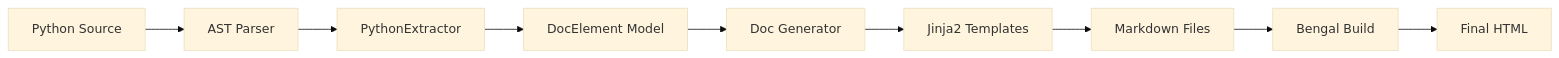
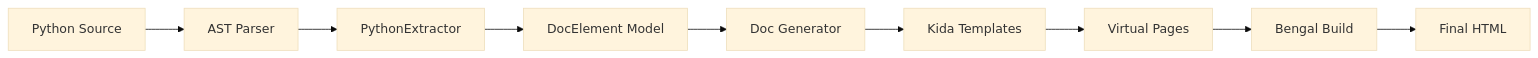
Before and after one commit to lbliii/bengal: the diagram in site/content/docs/reference/architecture/subsystems/autodoc.md, drawn with Mermaid (base theme). The commit also changed 14 other files, not shown here.

````diff
--- a/site/content/docs/reference/architecture/subsystems/autodoc.md
+++ b/site/content/docs/reference/architecture/subsystems/autodoc.md
@@ -36,13 +36,13 @@
 ```mermaid
 flowchart LR
     Input[Python Source] --> Parser[AST Parser]
     Parser --> Extractor[PythonExtractor]
     Extractor --> Model[DocElement Model]
 
     Model --> Generator[Doc Generator]
-    Generator --> Templates[Jinja2 Templates]
-    Templates --> Output[Markdown Files]
+    Generator --> Templates[Kida Templates]
+    Templates --> Output[Virtual Pages]
 
     Output --> Build[Bengal Build]
     Build --> HTML[Final HTML]
 ```
````
